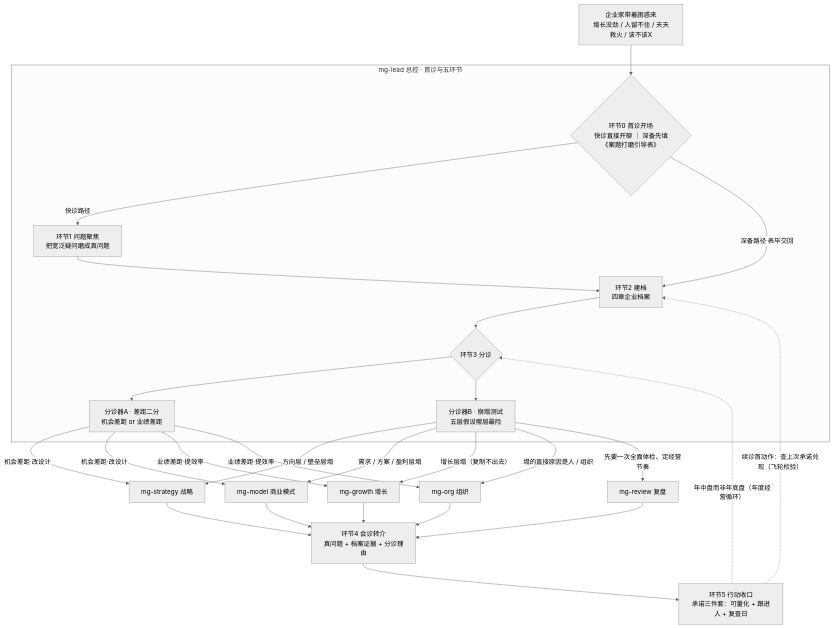
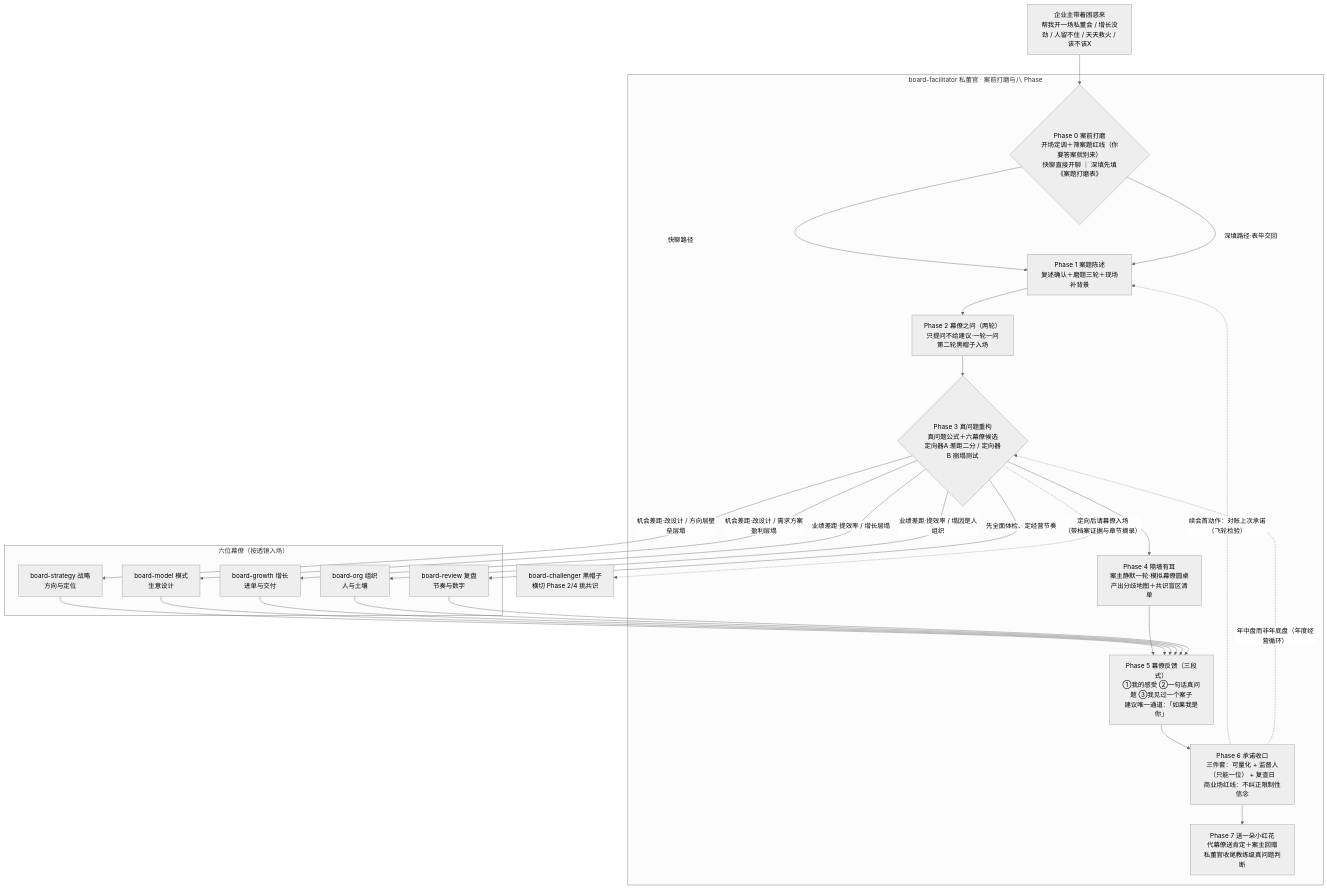
Before and after one commit to guoleiycyc-sketch/mg-expert-team-dist: the first of 2 diagrams in INDEX.md, drawn with Mermaid (neutral theme). The commit also changed other lines of this file and 28 other files, not shown here.

Commit message:
v2.0.0: 道行私董专家团——mg-* 全线升级 board-*（私董会形态）：私董八 Phase（案前打磨/幕僚之问只提问不给建议/真问题公式/隔墙有耳/三段式反馈·如果我是你通道/监督人唯一/送一朵小红花）、新增黑帽子幕僚邓不同（board-challenger）、GLOSSARY 增私董术语 11 条、根文档全面私董化

````diff
--- a/INDEX.md
+++ b/INDEX.md
@@ -23,29 +24,36 @@
 ```mermaid
 flowchart TD
-    A0["企业家带着困惑来<br/>增长没劲 / 人留不住 / 天天救火 / 该不该X"] --> E0
+    A0["企业主带着困惑来<br/>帮我开一场私董会 / 增长没劲 / 人留不住 / 天天救火 / 该不该X"] --> P0
 
-    subgraph LEAD["mg-lead 总控 · 首诊与五环节"]
-        E0{"环节0 首诊开场<br/>快诊直接开聊 ｜ 深备先填《案题打磨引导表》"}
-        E0 -->|"快诊路径"| E1["环节1 问题聚焦<br/>把宽泛疑问磨成真问题"]
-        E0 -->|"深备路径·表毕交回"| E2["环节2 建档<br/>四章企业档案"]
-        E1 --> E2
-        E2 --> E3{"环节3 分诊"}
-        E3 --> DA["分诊器A · 差距二分<br/>机会差距 or 业绩差距"]
-        E3 --> DB["分诊器B · 崩塌测试<br/>五层假设哪层最险"]
+    subgraph FAC["board-facilitator 私董官 · 案前打磨与八 Phase"]
+        P0{"Phase 0 案前打磨<br/>开场定调＋筛案题红线（你要答案就别来）<br/>快聊直接开聊 ｜ 深填先填《案题打磨表》"}
+        P0 -->|"快聊路径"| P1["Phase 1 案题陈述<br/>复述确认＋磨题三轮＋现场补背景"]
+        P0 -->|"深填路径·表毕交回"| P1
+        P1 --> P2["Phase 2 幕僚之问（两轮）<br/>只提问不给建议·一轮一问<br/>第二轮黑帽子入场"]
+        P2 --> P3{"Phase 3 真问题重构<br/>真问题公式＋六幕僚候选<br/>定向器A 差距二分 / 定向器B 崩塌测试"}
+        P3 --> P4["Phase 4 隔墙有耳<br/>案主静默一轮·模拟幕僚圆桌<br/>产出分歧地图＋共识盲区清单"]
+        P4 --> P5["Phase 5 幕僚反馈（三段式）<br/>①我的感受 ②一句话真问题 ③我见过一个案子<br/>建议唯一通道：「如果我是你」"]
+        P5 --> P6["Phase 6 承诺收口<br/>三件套：可量化 + 监督人（只能一位） + 复查日<br/>商业场红线：不纠正限制性信念"]
+        P6 --> P7["Phase 7 送一朵小红花<br/>代幕僚送肯定＋案主回赠<br/>私董官收尾教练级真问题判断"]
     end
 
-    DA -->|"机会差距·改设计"| ST["mg-strategy 战略"]
-    DA -->|"机会差距·改设计"| MO["mg-model 商业模式"]
-    DA -->|"业绩差距·提效率"| GR["mg-growth 增长"]
-    DA -->|"业绩差距·提效率"| OR["mg-org 组织"]
-    DB -->|"方向层 / 壁垒层塌"| ST
-    DB -->|"需求 / 方案 / 盈利层塌"| MO
-    DB -->|"增长层塌（复制不出去）"| GR
-    DB -->|"塌的直接原因是人 / 组织"| OR
-    DB -->|"先要一次全面体检、定经营节奏"| RV["mg-review 复盘"]
+    P3 -.->|"定向后请幕僚入场<br/>（带档案证据与章节摘录）"| CH["board-challenger 黑帽子<br/>横切 Phase 2/4 挑共识"]
 
-    ST & MO & GR & OR & RV --> E4["环节4 会诊转介<br/>真问题 + 档案证据 + 分诊理由"]
-    E4 --> E5["环节5 行动收口<br/>承诺三件套：可量化 + 跟进人 + 复查日"]
-    E5 -.->|"续诊首动作：查上次承诺兑现（飞轮检验）"| E2
-    E5 -.->|"年中盘而非年底盘（年度经营循环）"| E3
+    subgraph BOARD["六位幕僚（按透镜入场）"]
+        ST["board-strategy 战略<br/>方向与定位"]
+        MO["board-model 模式<br/>生意设计"]
+        GR["board-growth 增长<br/>进单与交付"]
+        OR["board-org 组织<br/>人与土壤"]
+        RV["board-review 复盘<br/>节奏与数字"]
+    end
+
+    P3 -->|"机会差距·改设计 / 方向层壁垒层塌"| ST
+    P3 -->|"机会差距·改设计 / 需求方案盈利层塌"| MO
+    P3 -->|"业绩差距·提效率 / 增长层塌"| GR
+    P3 -->|"业绩差距·提效率 / 塌因是人组织"| OR
+    P3 -->|"先全面体检、定经营节奏"| RV
+
+    ST & MO & GR & OR & RV --> P5
+    P6 -.->|"续会首动作：对账上次承诺（飞轮检验）"| P1
+    P6 -.->|"年中盘而非年底盘（年度经营循环）"| P3
 ```
````
